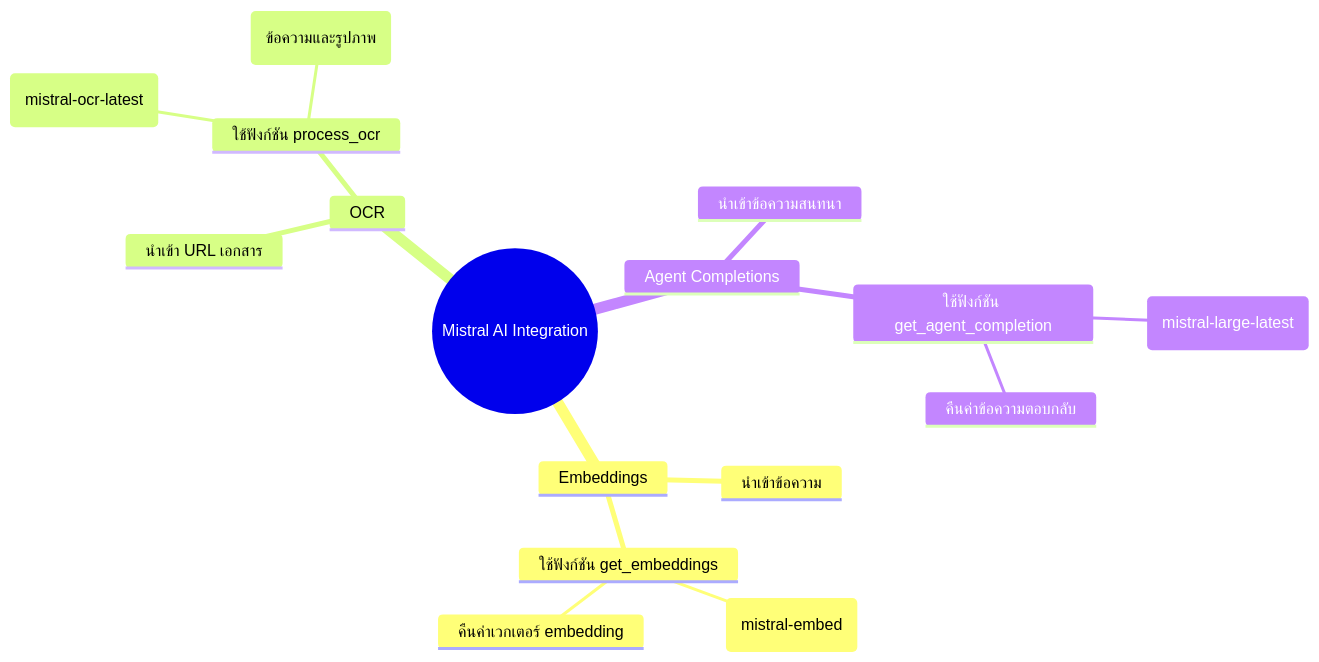
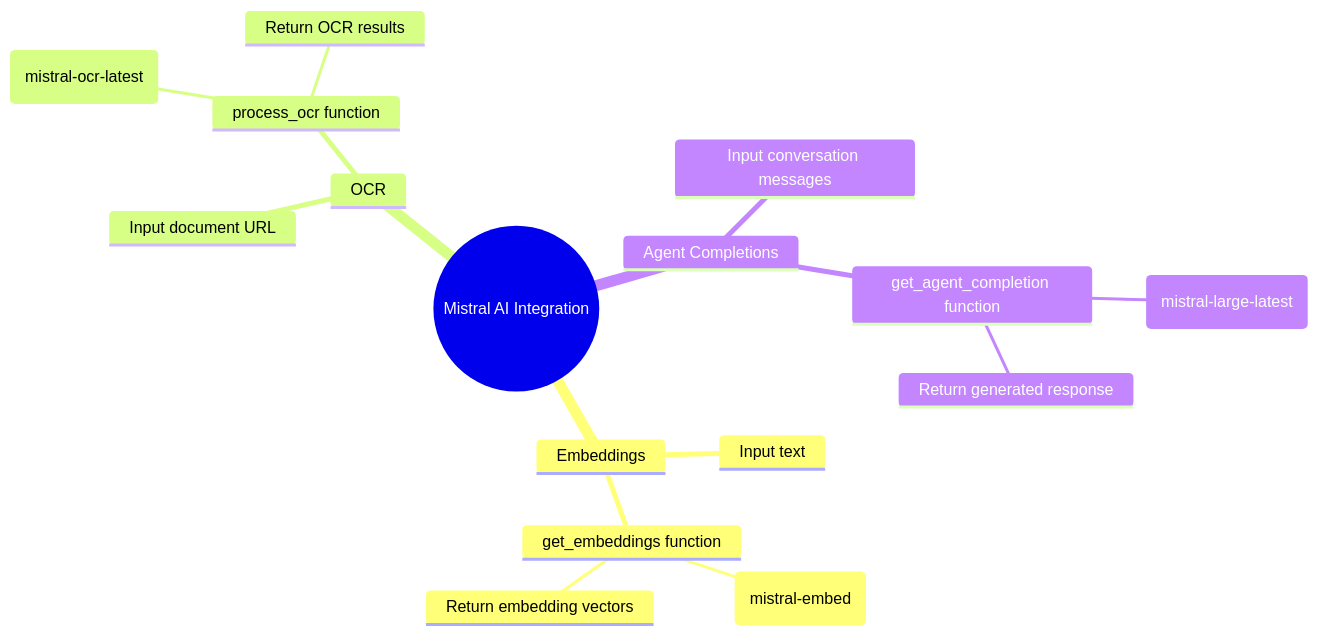
The first of 4 diagrams in README.md (JonusNattapong/Chain-of-Note), drawn with Mermaid before and after one commit. The commit also changed other lines of this file, not shown here.

Commit message:
Update README.md to translate workflow and architecture diagrams to English, enhancing clarity for international users

````diff
--- a/README.md
+++ b/README.md
@@ -122,19 +121,19 @@
 ```mermaid
 mindmap
   root((Mistral AI Integration))
     Embeddings
-      นำเข้าข้อความ
-      ใช้ฟังก์ชัน get_embeddings
-        เรียกใช้ Mistral API (mistral-embed)
-        คืนค่าเวกเตอร์ embedding
+      Input text
+      get_embeddings function
+        Call Mistral API (mistral-embed)
+        Return embedding vectors
     OCR
-      นำเข้า URL เอกสาร
-      ใช้ฟังก์ชัน process_ocr
-        เรียกใช้ Mistral API (mistral-ocr-latest)
-        คืนค่าผลลัพธ์ OCR (ข้อความและรูปภาพ)
+      Input document URL
+      process_ocr function
+        Call Mistral API (mistral-ocr-latest)
+        Return OCR results
     Agent Completions
-      นำเข้าข้อความสนทนา
-      ใช้ฟังก์ชัน get_agent_completion
-        เรียกใช้ Mistral API (mistral-large-latest)
-        คืนค่าข้อความตอบกลับ
+      Input conversation messages
+      get_agent_completion function
+        Call Mistral API (mistral-large-latest)
+        Return generated response
 ```
````
